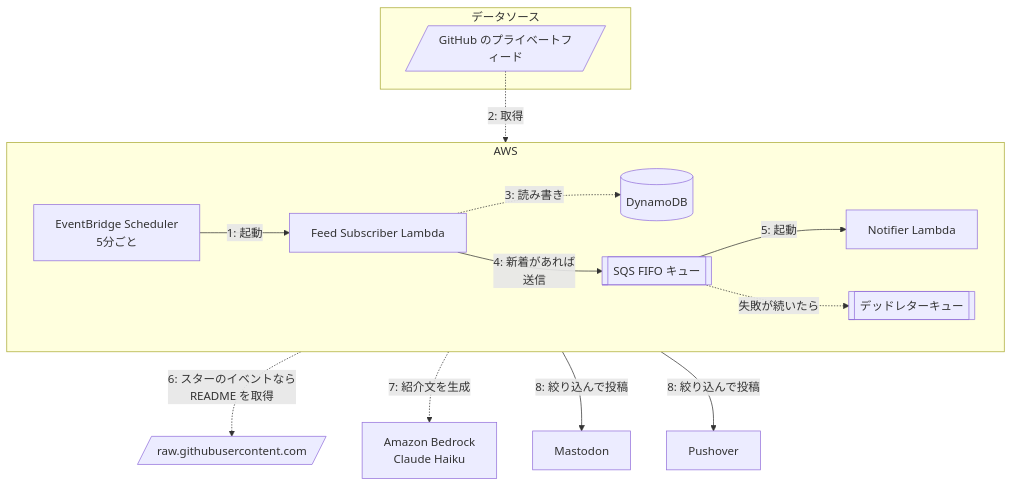
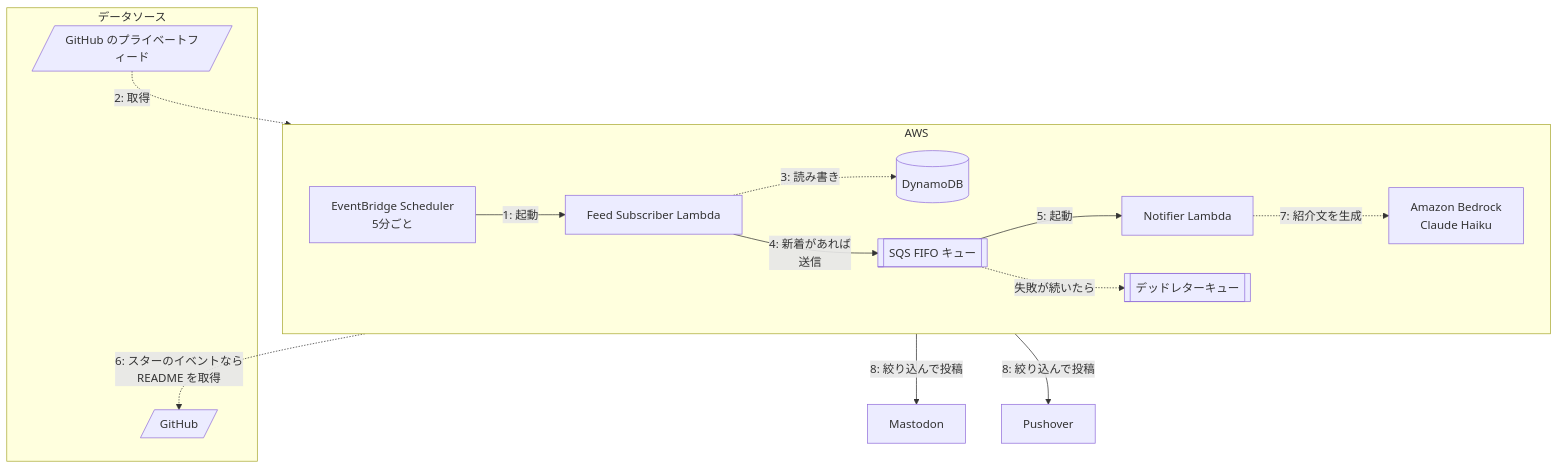
The first of 2 diagrams in README.md (masutaka/masutaka-feed), drawn with Mermaid before and after one commit. The commit also changed 2 other files, not shown here.

Commit message:
docs: 構成図と通知先・文字数の根拠をレビューの指摘どおりに直す

````diff
--- a/README.md
+++ b/README.md
@@ -15,26 +15,26 @@
 ```mermaid
 graph TD
     subgraph "データソース"
         A[/GitHub のプライベートフィード/]
+        R[/GitHub/]
     end
 
     subgraph "AWS"
         direction LR
         G[EventBridge Scheduler<br/>5分ごと] -->|1: 起動| H[Feed Subscriber Lambda]
         H -.->|3: 読み書き| I[(DynamoDB)]
         H -->|4: 新着があれば<br/>送信| Q[[SQS FIFO キュー]]
         Q -->|5: 起動| D[Notifier Lambda]
         Q -.->|失敗が続いたら| X[[デッドレターキュー]]
+        B[Amazon Bedrock<br/>Claude Haiku]
     end
 
     E[Mastodon]
     F[Pushover]
-    R[/raw.githubusercontent.com/]
-    B[Amazon Bedrock<br/>Claude Haiku]
 
     A -.->|2: 取得| H
     D -.->|6: スターのイベントなら<br/>README を取得| R
     D -.->|7: 紹介文を生成| B
     D -->|8: 絞り込んで投稿| E
     D -->|8: 絞り込んで投稿| F
 ```
````
